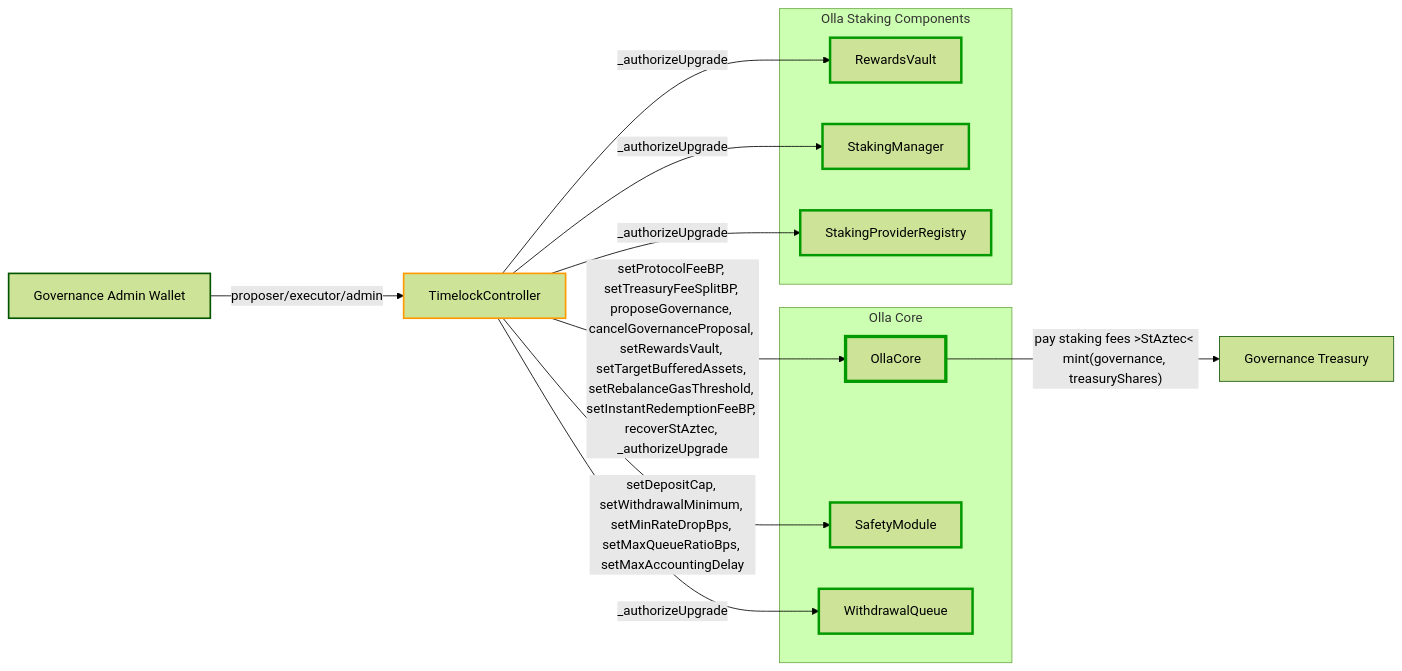
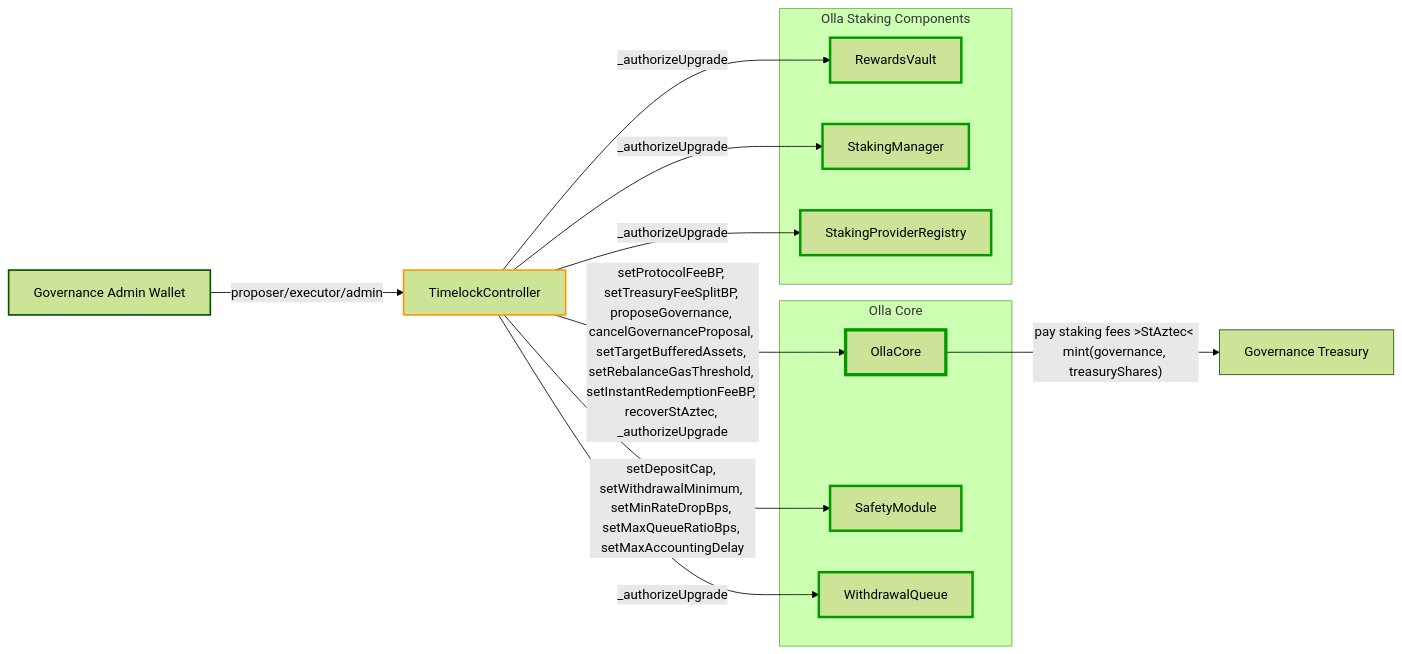
One commit to ollafinance/core changed the seventh of 7 diagrams in docs/overview.md. Above: the diagram before and after it, drawn with Mermaid (forest theme). The commit also changed 7 other files, not shown here.

First line of the commit message:
fix: remove setRewardsVault setter, rely solely UUPS upgrade instead (#286)

````diff
--- a/docs/overview.md
+++ b/docs/overview.md
@@ -307,38 +307,38 @@
 ```mermaid
 flowchart LR
 
 governanceAdminWallet[Governance Admin Wallet]
 treasury[Governance Treasury]
 timelock[TimelockController]
 
 governanceAdminWallet -->|"proposer/executor/admin"| timelock
 
 subgraph "Olla Core"
     core[OllaCore]
     safety[SafetyModule]
     withdrawQ[WithdrawalQueue]
 end
 subgraph "Olla Staking Components"
     rewards[RewardsVault]
     stkMan[StakingManager]
     spr[StakingProviderRegistry]
 end
 
-timelock -->|"setProtocolFeeBP, setTreasuryFeeSplitBP, proposeGovernance, cancelGovernanceProposal, setRewardsVault, setTargetBufferedAssets, setRebalanceGasThreshold, setInstantRedemptionFeeBP, recoverStAztec, _authorizeUpgrade"| core
+timelock -->|"setProtocolFeeBP, setTreasuryFeeSplitBP, proposeGovernance, cancelGovernanceProposal, setTargetBufferedAssets, setRebalanceGasThreshold, setInstantRedemptionFeeBP, recoverStAztec, _authorizeUpgrade"| core
 timelock -->|"setDepositCap, setWithdrawalMinimum, setMinRateDropBps, setMaxQueueRatioBps, setMaxAccountingDelay"| safety
 timelock -->|"_authorizeUpgrade"| withdrawQ
 timelock -->|"_authorizeUpgrade"| rewards
 timelock -->|"_authorizeUpgrade"| stkMan
 timelock -->|"_authorizeUpgrade"| spr
 
 core -->|"pay staking fees >StAztec< mint(governance, treasuryShares)"| treasury
 
 style governanceAdminWallet stroke:#050,stroke-width:2px
 style timelock stroke:#f90,stroke-width:2px
 style core stroke:#090,stroke-width:4px
 style safety stroke:#090,stroke-width:3px
 style rewards stroke:#090,stroke-width:3px
 style stkMan stroke:#090,stroke-width:3px
 style spr stroke:#090,stroke-width:3px
 style withdrawQ stroke:#090,stroke-width:3px
 ```
````
